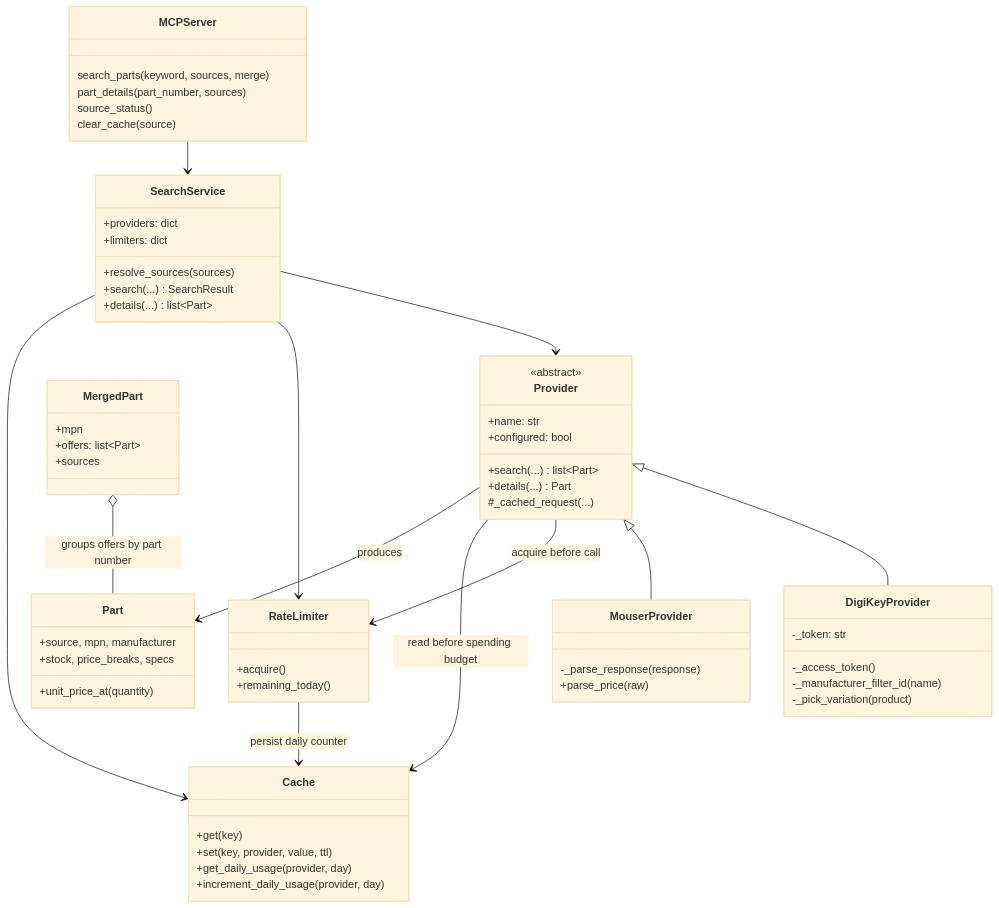
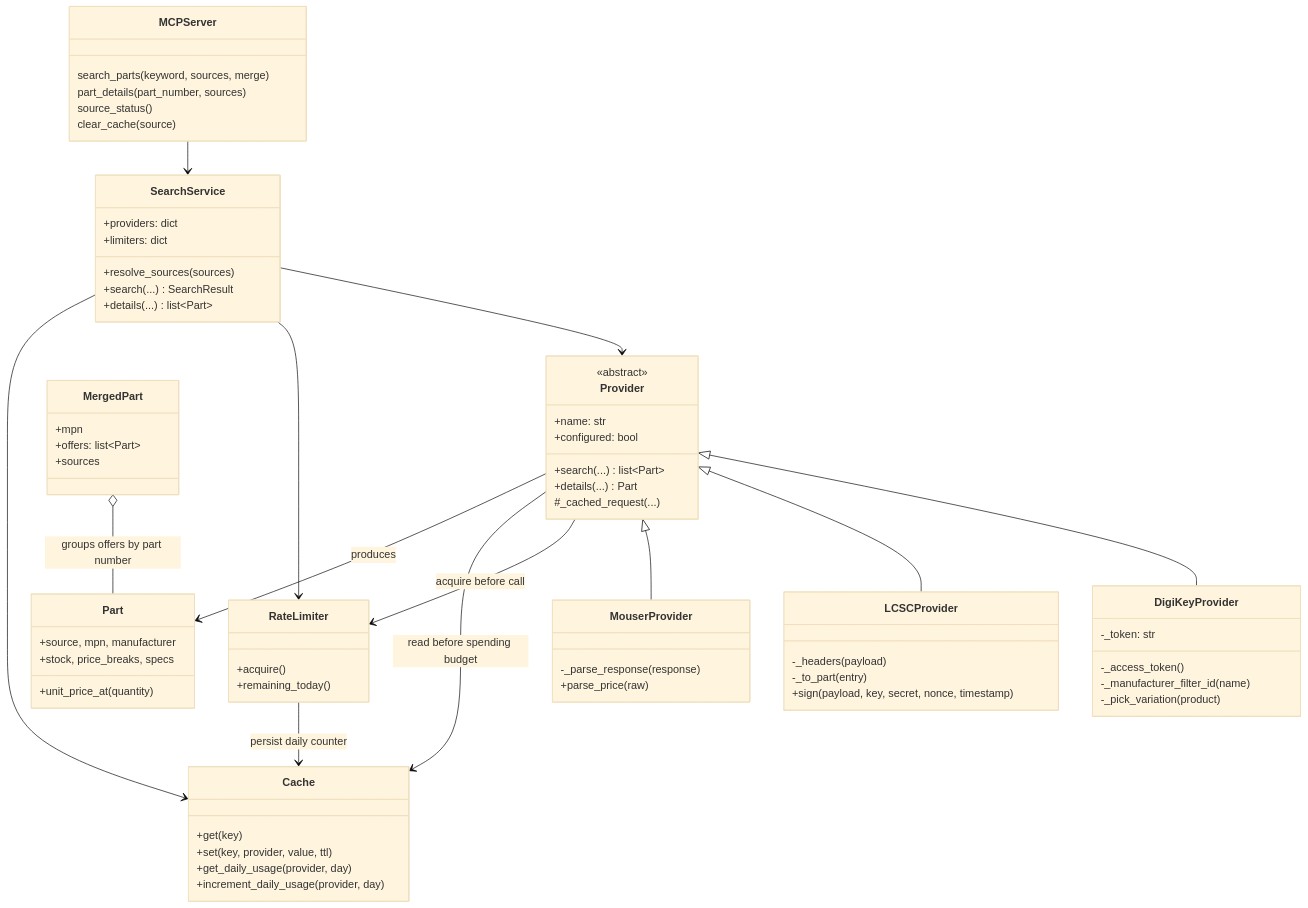
The first of 2 diagrams in README.md (tmpk13/eparts-search-mcp), drawn with Mermaid (base theme) before and after one commit. The commit also changed other lines of this file and 12 other files, not shown here.

````diff
--- a/README.md
+++ b/README.md
@@ -234,66 +270,72 @@
 ```mermaid
 classDiagram
     class MCPServer {
         search_parts(keyword, sources, merge)
         part_details(part_number, sources)
         source_status()
         clear_cache(source)
     }
     class SearchService {
         +providers: dict
         +limiters: dict
         +resolve_sources(sources)
         +search(...) SearchResult
         +details(...) list~Part~
     }
     class Provider {
         <<abstract>>
         +name: str
         +configured: bool
         +search(...) list~Part~
         +details(...) Part
         #_cached_request(...)
     }
     class DigiKeyProvider {
         -_token: str
         -_access_token()
         -_manufacturer_filter_id(name)
         -_pick_variation(product)
+    }
+    class LCSCProvider {
+        -_headers(payload)
+        -_to_part(entry)
+        +sign(payload, key, secret, nonce, timestamp)
     }
     class MouserProvider {
         -_parse_response(response)
         +parse_price(raw)
     }
     class RateLimiter {
         +acquire()
         +remaining_today()
     }
     class Cache {
         +get(key)
         +set(key, provider, value, ttl)
         +get_daily_usage(provider, day)
         +increment_daily_usage(provider, day)
     }
     class Part {
         +source, mpn, manufacturer
         +stock, price_breaks, specs
         +unit_price_at(quantity)
     }
     class MergedPart {
         +mpn
         +offers: list~Part~
         +sources
     }
 
     MCPServer --> SearchService
     SearchService --> Provider
     SearchService --> RateLimiter
     SearchService --> Cache
     Provider <|-- DigiKeyProvider
+    Provider <|-- LCSCProvider
     Provider <|-- MouserProvider
     Provider --> RateLimiter : acquire before call
     Provider --> Cache : read before spending budget
     RateLimiter --> Cache : persist daily counter
     Provider --> Part : produces
     MergedPart o-- Part : groups offers by part number
 ```
````
